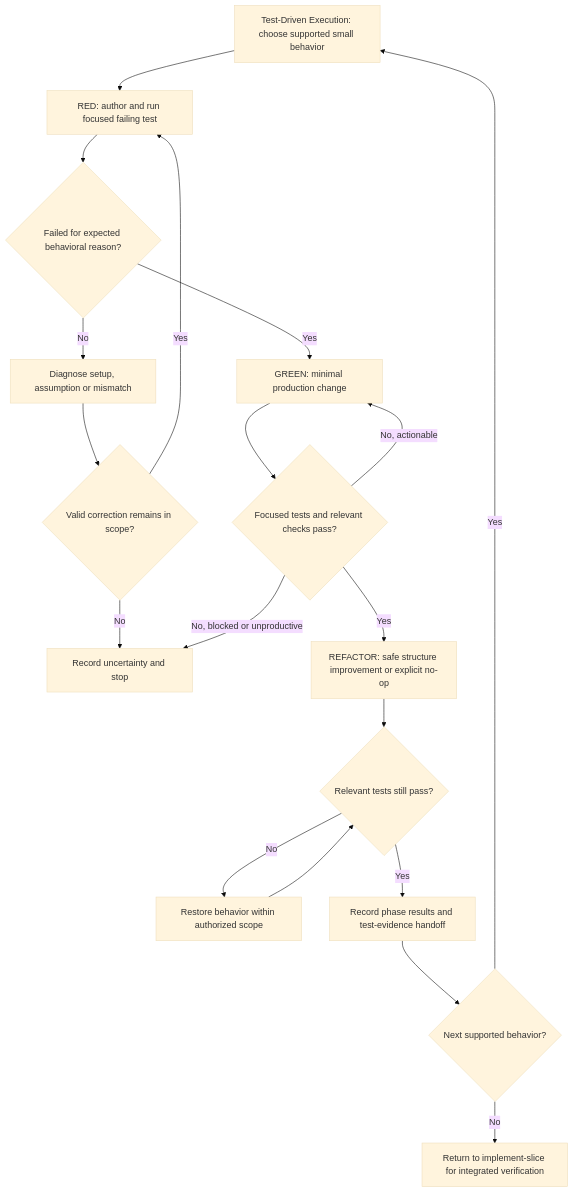
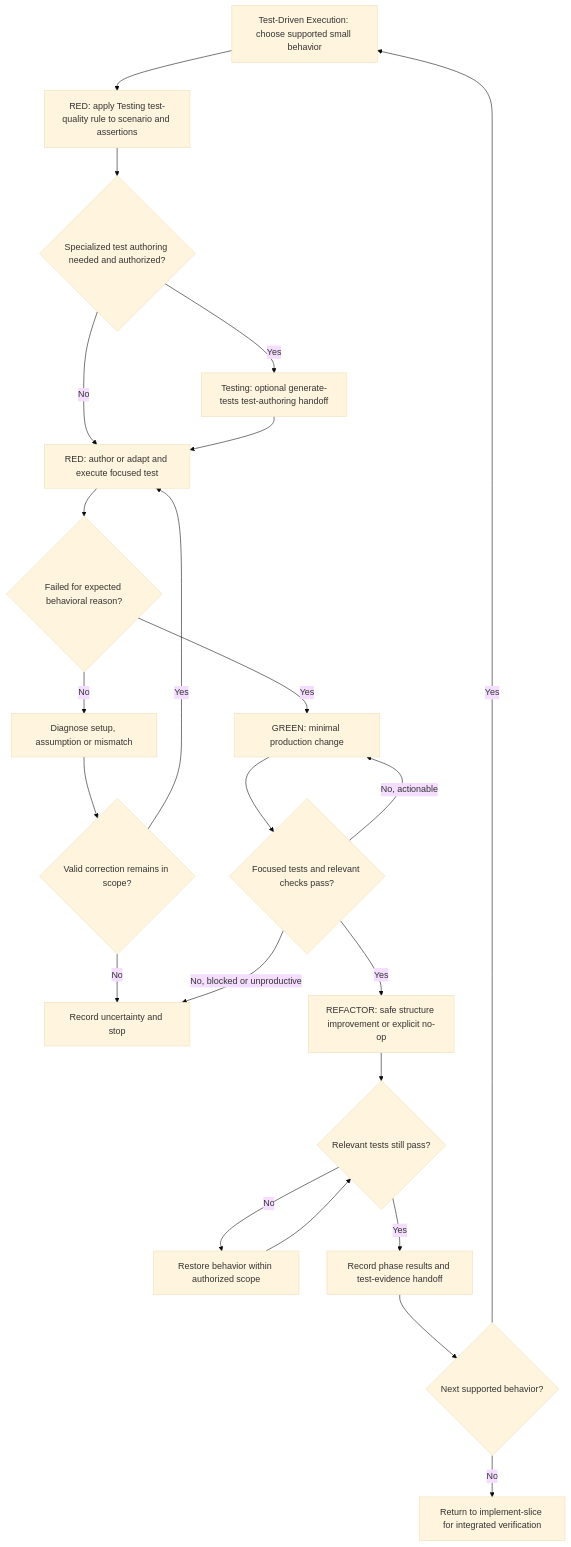
Before and after one commit to JadsonLucena/agent-toolkit: the diagram in contexts/implementation/skills/test-driven-development/SKILL.md, drawn with Mermaid (base theme). The commit also changed other lines of this file and 1 other file, not shown here.

Commit message:
feat(tdd): reuse Testing quality standards and optional RED test authoring

````diff
--- a/contexts/implementation/skills/test-driven-development/SKILL.md
+++ b/contexts/implementation/skills/test-driven-development/SKILL.md
@@ -25,21 +27,25 @@
 ```mermaid
 flowchart TD
-    Select["Test-Driven Execution: choose supported small behavior"] --> Red["RED: author and run focused failing test"]
+    Select["Test-Driven Execution: choose supported small behavior"] --> Standards["RED: apply Testing test-quality rule to scenario and assertions"]
+    Standards --> NeedHelp{"Specialized test authoring needed and authorized?"}
+    NeedHelp -->|Yes| Delegate["Testing: optional generate-tests test-authoring handoff"]
+    NeedHelp -->|No| Red
+    Delegate --> Red["RED: author or adapt and execute focused test"]
     Red --> Why{"Failed for expected behavioral reason?"}
     Why -->|No| Diagnose["Diagnose setup, assumption or mismatch"]
     Diagnose --> Decision{"Valid correction remains in scope?"}
     Decision -->|No| Stop["Record uncertainty and stop"]
     Decision -->|Yes| Red
     Why -->|Yes| Green["GREEN: minimal production change"]
     Green --> Check{"Focused tests and relevant checks pass?"}
     Check -->|No, actionable| Green
     Check -->|No, blocked or unproductive| Stop
     Check -->|Yes| Refactor["REFACTOR: safe structure improvement or explicit no-op"]
     Refactor --> Verify{"Relevant tests still pass?"}
     Verify -->|No| Fix["Restore behavior within authorized scope"]
     Fix --> Verify
     Verify -->|Yes| Evidence["Record phase results and test-evidence handoff"]
     Evidence --> More{"Next supported behavior?"}
     More -->|Yes| Select
     More -->|No| Done["Return to implement-slice for integrated verification"]
 ```
````
